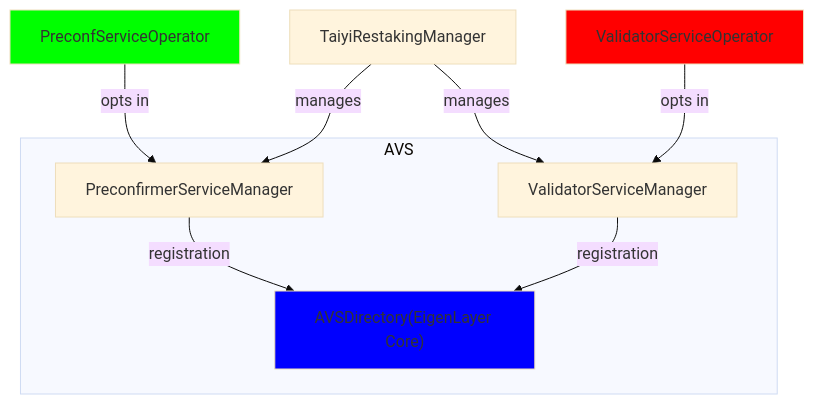
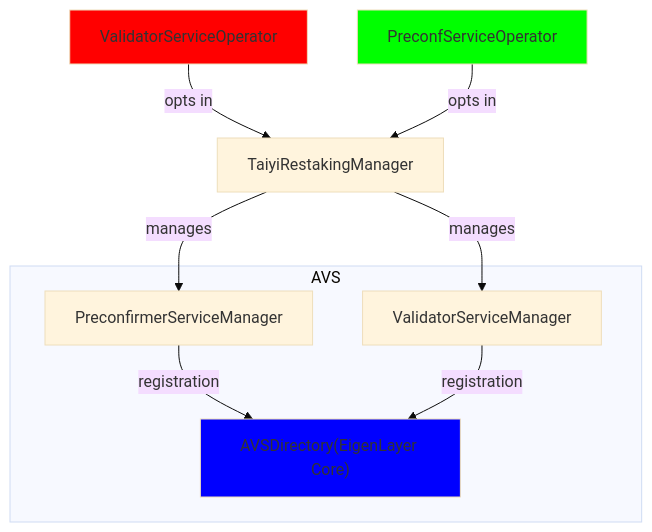
One commit to lu-bann/taiyi changed the first of 2 diagrams in docs/learn/architecture/on_chain_components/overview.mdx. Above: the diagram before and after it, drawn with Mermaid (base theme). The commit also changed other lines of this file and 4 other files, not shown here.

````diff
--- a/docs/learn/architecture/on_chain_components/overview.mdx
+++ b/docs/learn/architecture/on_chain_components/overview.mdx
@@ -36,21 +36,21 @@
 ```mermaid
 graph TD
     TAIYIRESTAKINGMANAGER["TaiyiRestakingManager"]
     PRECONFIRMERSERVICEMANAGER["PreconfirmerServiceManager"]
     VALIDATORSERVICEMANAGER["ValidatorServiceManager"]
     VALIDATORSERVICEOPERATOR["ValidatorServiceOperator"]
     PRECONFSERVICEOPERATOR["PreconfServiceOperator"]
 
     subgraph AVS
         PRECONFIRMERSERVICEMANAGER -->|registration| AVSDIRECTORY["AVSDirectory(EigenLayer Core)"]
         VALIDATORSERVICEMANAGER -->|registration| AVSDIRECTORY
         style AVSDIRECTORY fill:#0000FF
     end
 
-    VALIDATORSERVICEOPERATOR -->|opts in| VALIDATORSERVICEMANAGER
-    PRECONFSERVICEOPERATOR -->|opts in| PRECONFIRMERSERVICEMANAGER
+    VALIDATORSERVICEOPERATOR -->|opts in| TAIYIRESTAKINGMANAGER
+    PRECONFSERVICEOPERATOR -->|opts in| TAIYIRESTAKINGMANAGER
     style VALIDATORSERVICEOPERATOR fill:#FF0000
     style PRECONFSERVICEOPERATOR fill:#00FF00
     TAIYIRESTAKINGMANAGER -->|manages| PRECONFIRMERSERVICEMANAGER
     TAIYIRESTAKINGMANAGER -->|manages| VALIDATORSERVICEMANAGER
 ```
````
